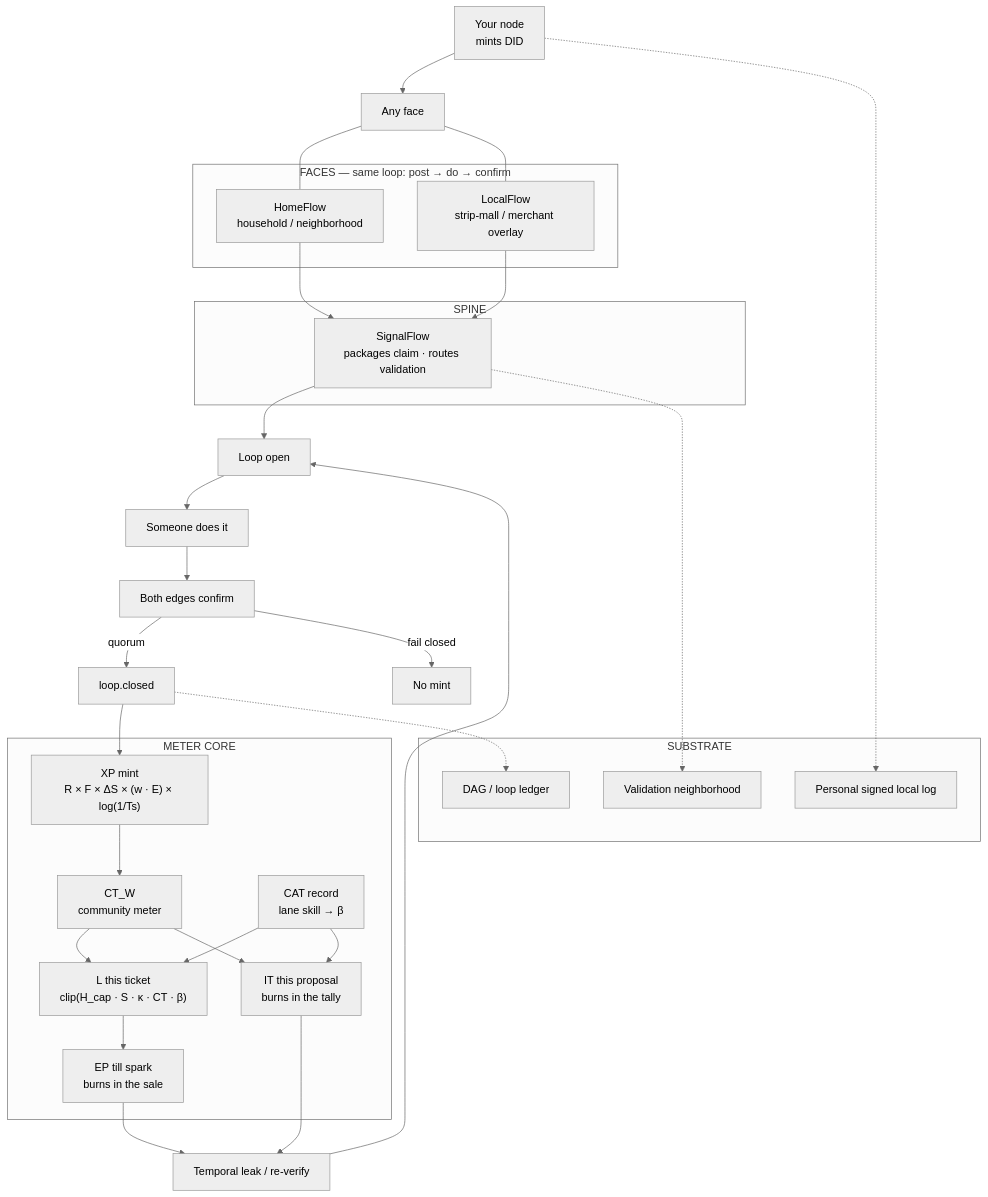
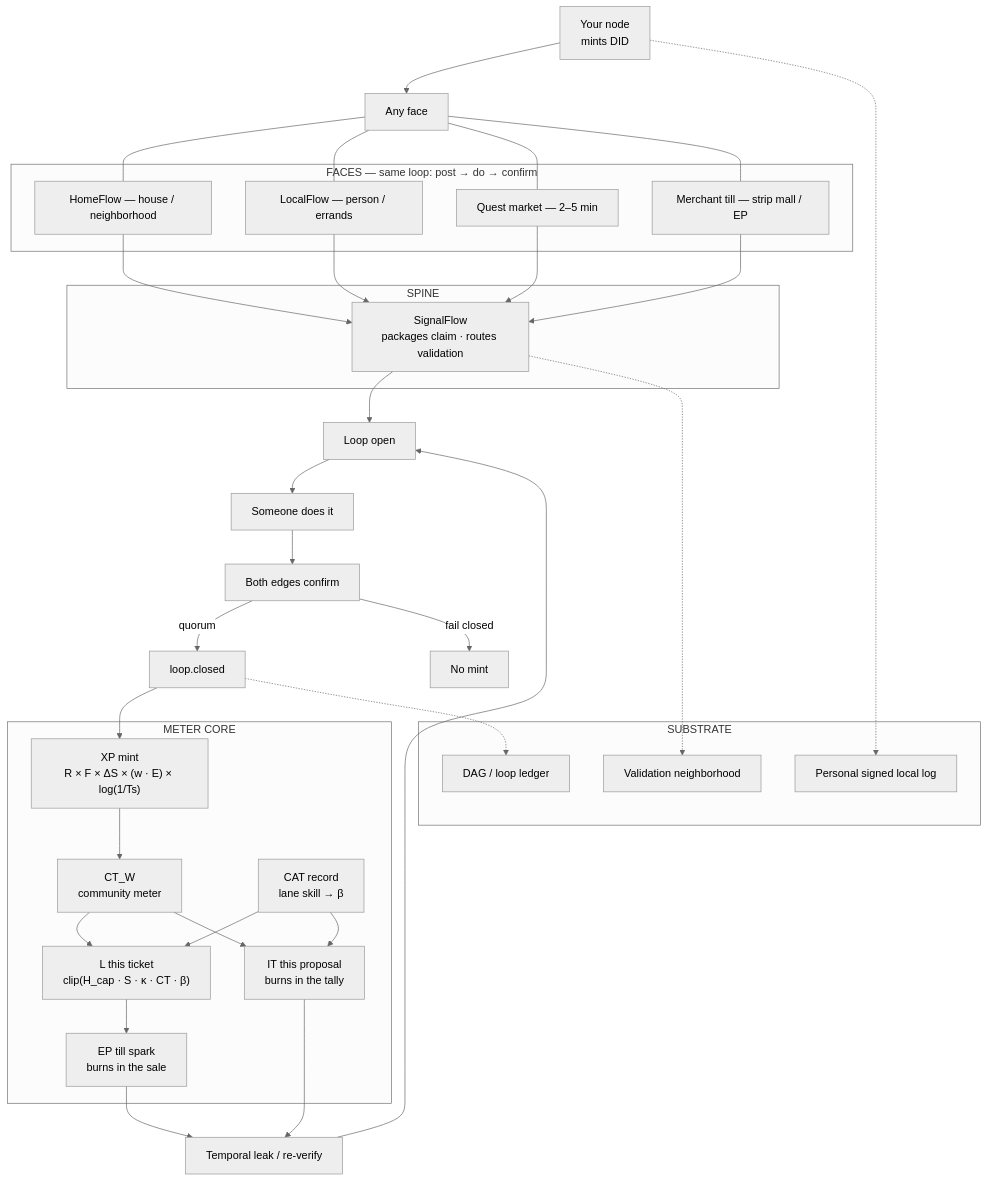
The diagram in ARCHITECTURE.md (00ranman/extropy-engine), drawn with Mermaid before and after one commit. The commit also changed other lines of this file and 10 other files, not shown here.

First line of the commit message:
Demote grantflow to a personal door. Lock the architecture map.

````diff
--- a/ARCHITECTURE.md
+++ b/ARCHITECTURE.md
@@ -23,55 +23,61 @@
 ```mermaid
 %%{init: {"theme": "neutral"}}%%
 flowchart TB
   NODE["Your node\nmints DID"] --> FACE
 
   subgraph FACES["FACES — same loop: post → do → confirm"]
-    HF["HomeFlow\nhousehold / neighborhood"]
-    LF["LocalFlow\nstrip-mall / merchant overlay"]
+    HF["HomeFlow — house / neighborhood"]
+    LF["LocalFlow — person / errands"]
+    QM["Quest market — 2–5 min"]
+    TILL["Merchant till — strip mall / EP"]
   end
   FACE["Any face"] --- HF
   FACE --- LF
+  FACE --- QM
+  FACE --- TILL
 
   HF --> SF
   LF --> SF
+  QM --> SF
+  TILL --> SF
 
   subgraph SPINE["SPINE"]
     SF["SignalFlow\npackages claim · routes validation"]
   end
 
   SF --> OPEN["Loop open"]
   OPEN --> DO["Someone does it"]
   DO --> CONFIRM["Both edges confirm"]
   CONFIRM -->|quorum| CLOSE["loop.closed"]
   CONFIRM -->|fail closed| NOMINT["No mint"]
 
   CLOSE --> XP
 
   subgraph METERS["METER CORE"]
     XP["XP mint\nR × F × ΔS × (w · E) × log(1/Ts)"]
     CT["CT_W\ncommunity meter"]
     L["L this ticket\nclip(H_cap · S · κ · CT · β)"]
     EP["EP till spark\nburns in the sale"]
     CAT["CAT record\nlane skill → β"]
     IT["IT this proposal\nburns in the tally"]
   end
 
   XP --> CT
   CT --> L
   CAT --> L
   L --> EP
   CT --> IT
   CAT --> IT
   EP --> TEMP["Temporal leak / re-verify"]
   IT --> TEMP
   TEMP --> OPEN
 
   subgraph SUBSTRATE["SUBSTRATE"]
     DAG["DAG / loop ledger"]
     VN["Validation neighborhood"]
     PSLL["Personal signed local log"]
   end
   SF -.-> VN
   CLOSE -.-> DAG
   NODE -.-> PSLL
 ```
````
